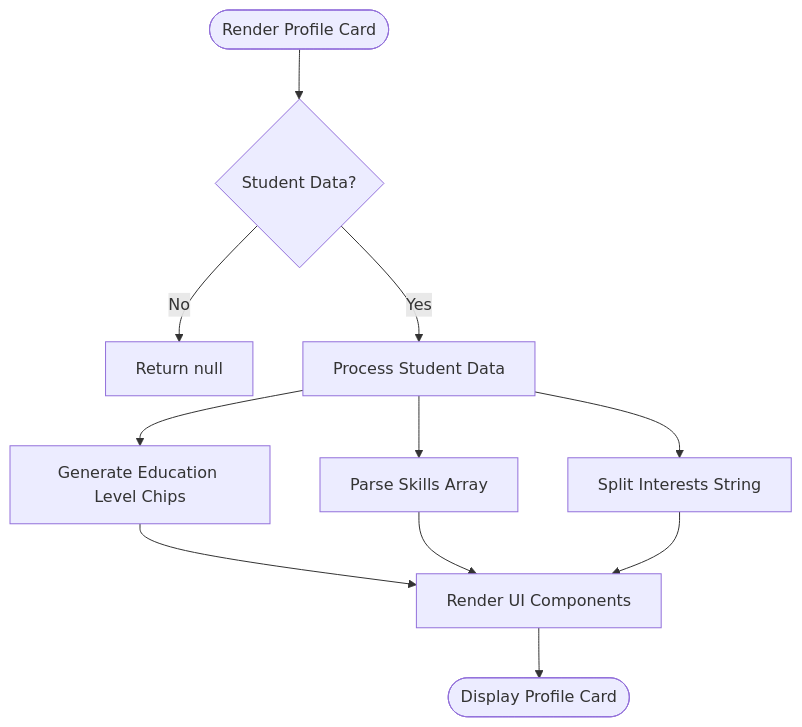
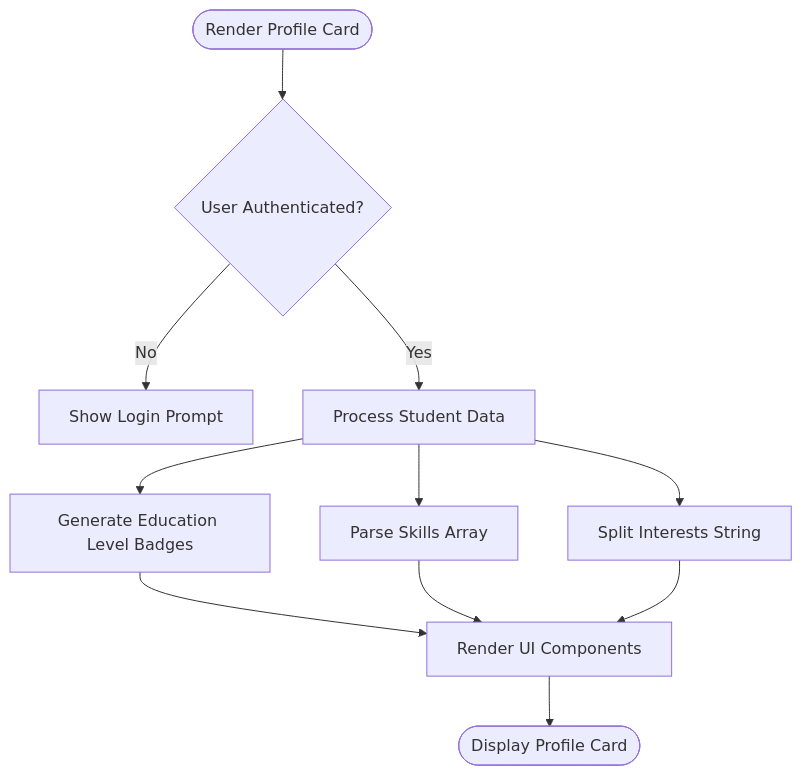
The fourth of 8 diagrams in .qoder/repowiki/en/content/Core Features/Profile Management System.md (Alishba-Moin/CareerCompass), drawn with Mermaid before and after one commit. The commit also changed other lines of this file and 17 other files, not shown here.

````diff
--- a/.qoder/repowiki/en/content/Core Features/Profile Management System.md
+++ b/.qoder/repowiki/en/content/Core Features/Profile Management System.md
@@ -232,13 +353,13 @@
 ```mermaid
 flowchart TD
-Start(["Render Profile Card"]) --> Check{"Student Data?"}
-Check --> |No| Return["Return null"]
-Check --> |Yes| Process["Process Student Data"]
-Process --> Skills["Parse Skills Array"]
-Process --> Interests["Split Interests String"]
-Process --> Levels["Generate Education Level Chips"]
-Levels --> Render["Render UI Components"]
-Skills --> Render
-Interests --> Render
-Render --> End(["Display Profile Card"])
+Start(["Render Profile Card"]) --> CheckAuth{"User Authenticated?"}
+CheckAuth --> |No| ShowLogin["Show Login Prompt"]
+CheckAuth --> |Yes| Process["Process Student Data"]
+Process --> ParseSkills["Parse Skills Array"]
+Process --> SplitInterests["Split Interests String"]
+Process --> GenerateBadges["Generate Education Level Badges"]
+GenerateBadges --> RenderUI["Render UI Components"]
+ParseSkills --> RenderUI
+SplitInterests --> RenderUI
+RenderUI --> End(["Display Profile Card"])
 ```
````
